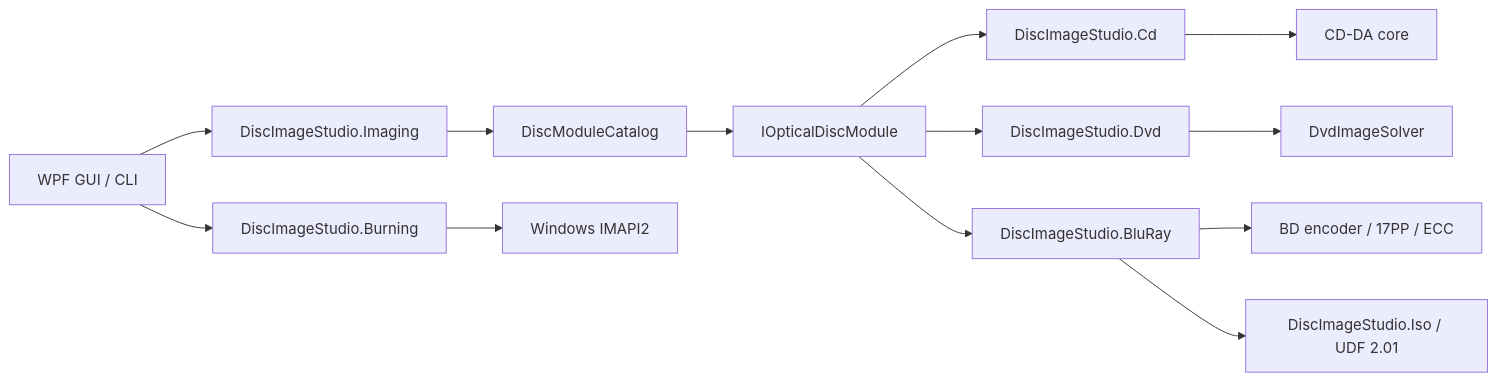
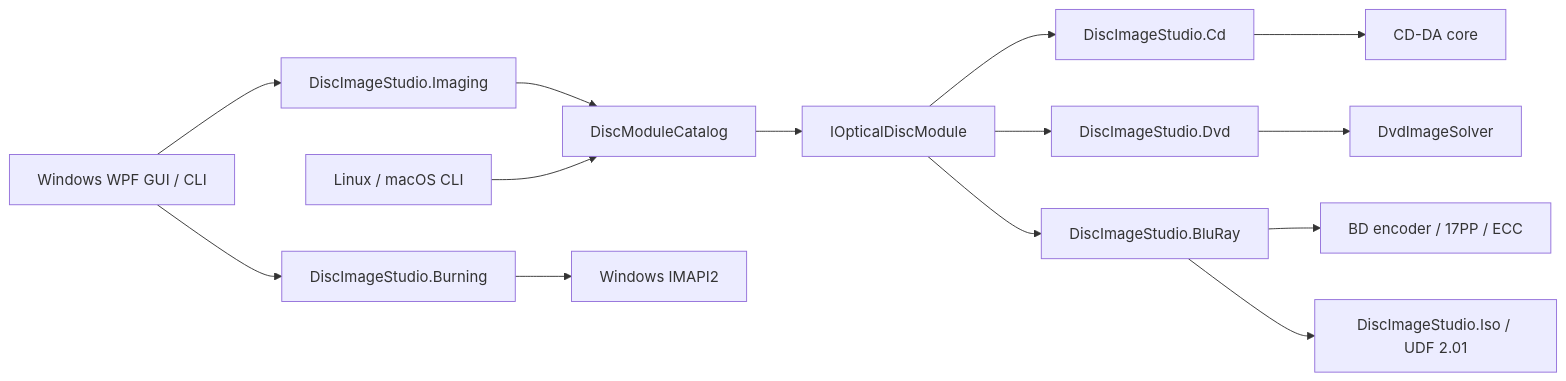
One commit to JiaFeiMiao-K-Cat/DiscImageStudio changed the diagram in docs/ARCHITECTURE.md. Above: the diagram before and after it, drawn with Mermaid. The commit also changed other lines of this file and 35 other files, not shown here.

First line of the commit message:
Release v1.3.6 with experimental Linux and macOS CLIs (#29)

````diff
--- a/docs/ARCHITECTURE.md
+++ b/docs/ARCHITECTURE.md
@@ -7,15 +7,16 @@
 ```mermaid
 flowchart LR
-    GUI[WPF GUI / CLI] --> Imaging[DiscImageStudio.Imaging]
+    GUI[Windows WPF GUI / CLI] --> Imaging[DiscImageStudio.Imaging]
     Imaging --> Catalog[DiscModuleCatalog]
+    CLI[Linux / macOS CLI] --> Catalog
     GUI --> Burning[DiscImageStudio.Burning]
     Burning --> IMAPI[Windows IMAPI2]
     Catalog --> Contract[IOpticalDiscModule]
     Contract --> CD[DiscImageStudio.Cd]
     Contract --> DVD[DiscImageStudio.Dvd]
     Contract --> BD[DiscImageStudio.BluRay]
     DVD --> Engine[DvdImageSolver]
     CD --> CdEngine[CD-DA core]
     BD --> BdEngine[BD encoder / 17PP / ECC]
     BD --> Iso[DiscImageStudio.Iso / UDF 2.01]
 ```
````
